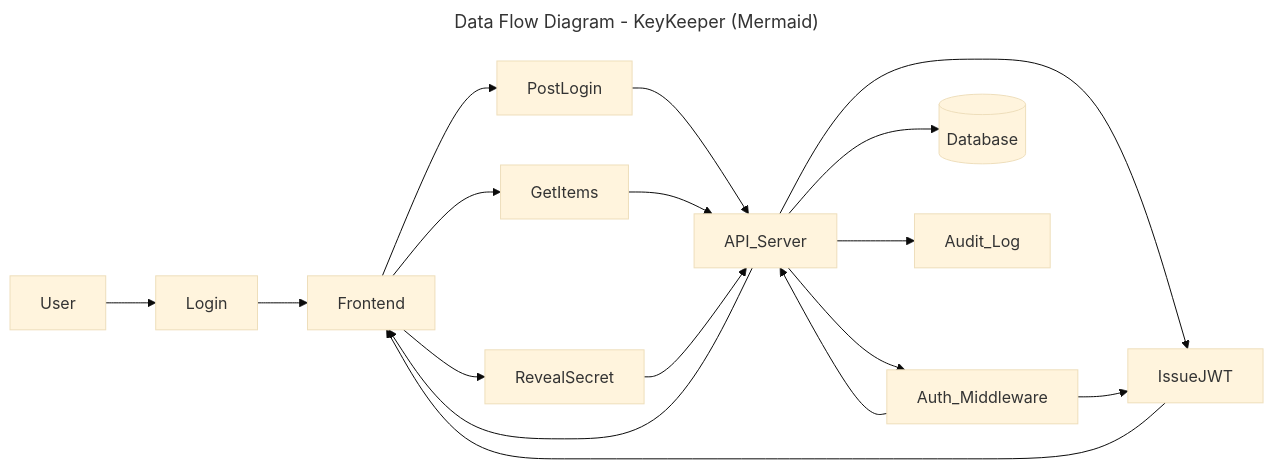
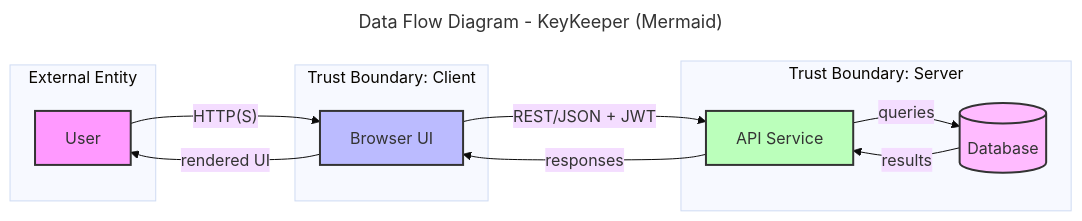
The diagram in 05-keykeeper/threat-model/dfd.mmd (osteinke/security-capstone-student), drawn with Mermaid (base theme) before and after one commit.

Commit message:
add diagram

```diff
--- a/05-keykeeper/threat-model/dfd.mmd
+++ b/05-keykeeper/threat-model/dfd.mmd
@@ -1,24 +1,36 @@
 ---
 title: Data Flow Diagram - KeyKeeper (Mermaid)
 ---
+
 flowchart LR
-    U[User]
-    FE[Frontend]
-    API[API_Server]
-    AUTH[Auth_Middleware]
+
+subgraph External["External Entity"]
+    User[User]
+end
+
+subgraph ClientTrust["Trust Boundary: Client"]
+    FE[Browser UI]
+end
+
+subgraph ServerTrust["Trust Boundary: Server"]
+    API[API Service]
     DB[(Database)]
-    LOG[Audit_Log]
+end
 
-    U --> Login --> FE
-    FE --> PostLogin --> API
-    API --> IssueJWT --> FE
+User -->|"HTTP(S)"| FE
+FE -->|"REST/JSON + JWT"| API
+API -->|"queries"| DB
+DB -->|"results"| API
+API -->|"responses"| FE
+FE -->|"rendered UI"| User
 
-    FE --> GetItems --> API
-    API --> AUTH --> IssueJWT
-    AUTH --> API
-    API --> FE
+%% Styling
+classDef external fill:#f9f,stroke:#333,stroke-width:2px
+classDef client fill:#bbf,stroke:#333,stroke-width:2px
+classDef server fill:#bfb,stroke:#333,stroke-width:2px
+classDef database fill:#fbf,stroke:#333,stroke-width:2px
 
-    FE --> RevealSecret --> API
-   
-    API --> DB
-    API --> LOG
+class User external
+class FE client
+class API server
+class DB database
```
